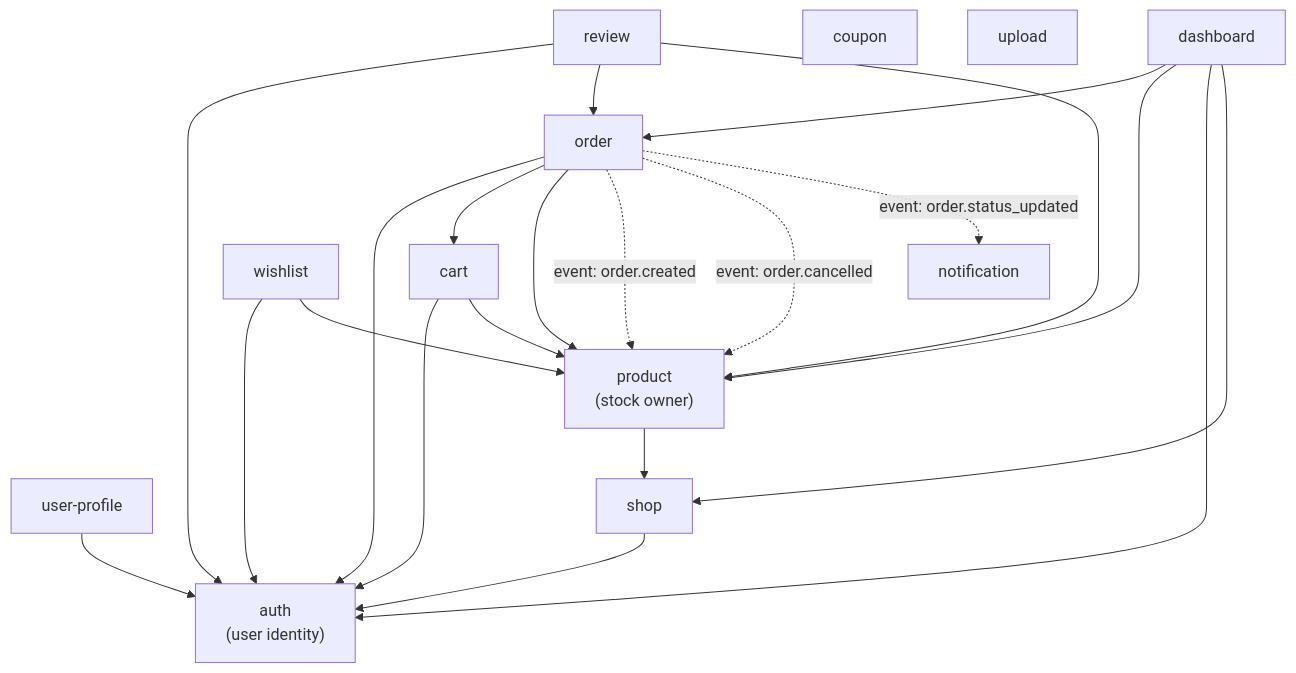
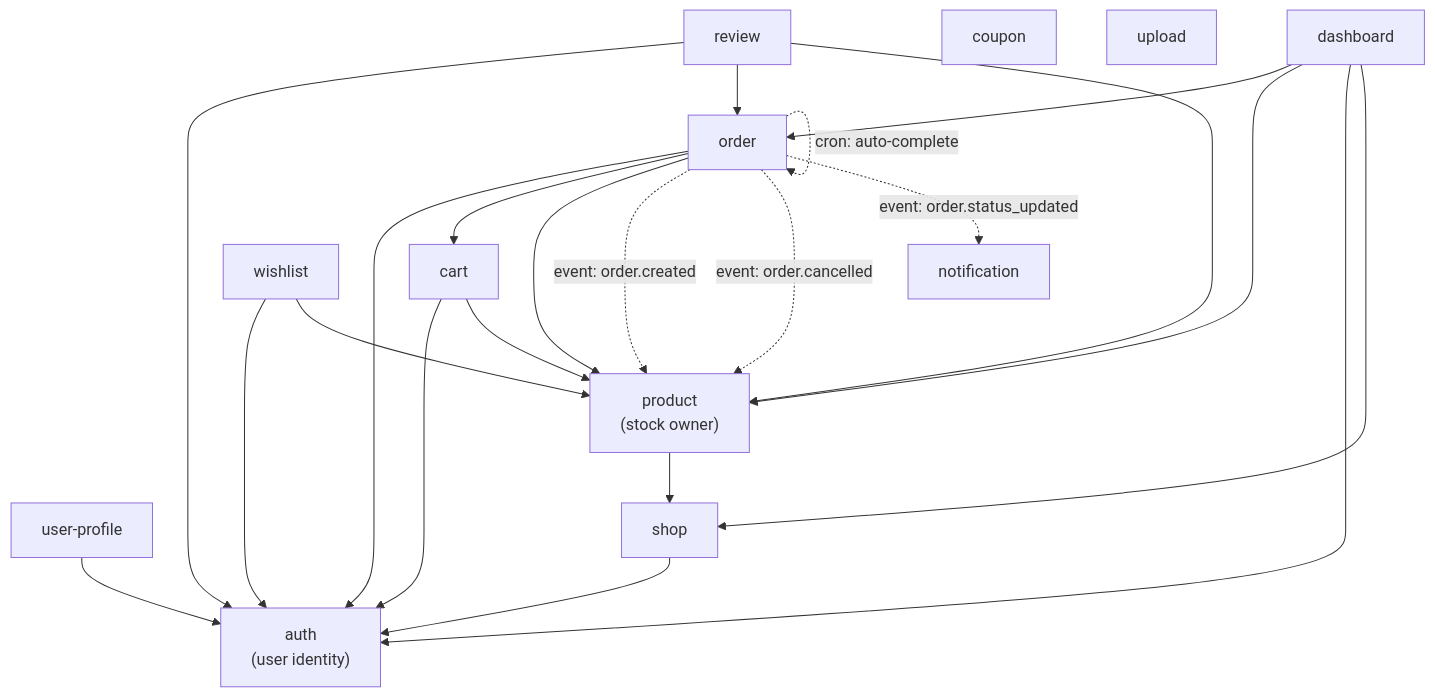
One commit to Hy-Khang/E-commerce-shop-Amazon- changed the third of 3 diagrams in backend-nestjs/docs/BE-ARCHITECTURE.md. Above: the diagram before and after it, drawn with Mermaid. The commit also changed other lines of this file and 4 other files, not shown here.

Commit message:
Order Confirmation + Return/Refund + Auto-Complete: Phase 4 Documentation

````diff
--- a/backend-nestjs/docs/BE-ARCHITECTURE.md
+++ b/backend-nestjs/docs/BE-ARCHITECTURE.md
@@ -211,29 +211,30 @@
 ```mermaid
 graph TD
     Auth["auth<br/>(user identity)"]
     UP["user-profile"] --> Auth
     Shop["shop"] --> Auth
     Cart["cart"] --> Auth
     Cart --> Product["product<br/>(stock owner)"]
     Product --> Shop
     Order["order"] --> Auth
     Order --> Cart
     Order --> Product
     Review["review"] --> Auth
     Review --> Order
     Review --> Product
 
     Wishlist["wishlist"] --> Auth
     Wishlist --> Product
     Coupon["coupon"]
     Upload["upload"]
     Dashboard["dashboard"] --> Order
     Dashboard --> Product
     Dashboard --> Auth
     Dashboard --> Shop
 
     Order -.->|event: order.created| Product
     Order -.->|event: order.cancelled| Product
     Order -.->|event: order.status_updated| Notification["notification"]
+    Order -.->|cron: auto-complete| Order
 
 ```
````
